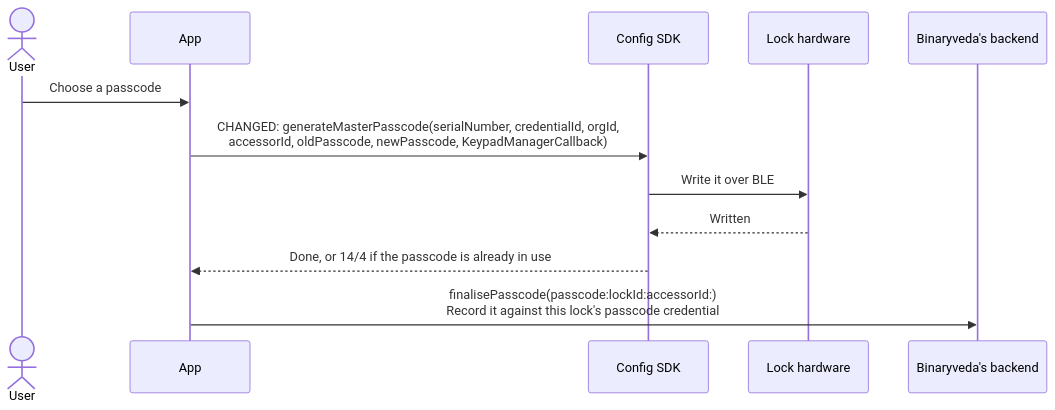
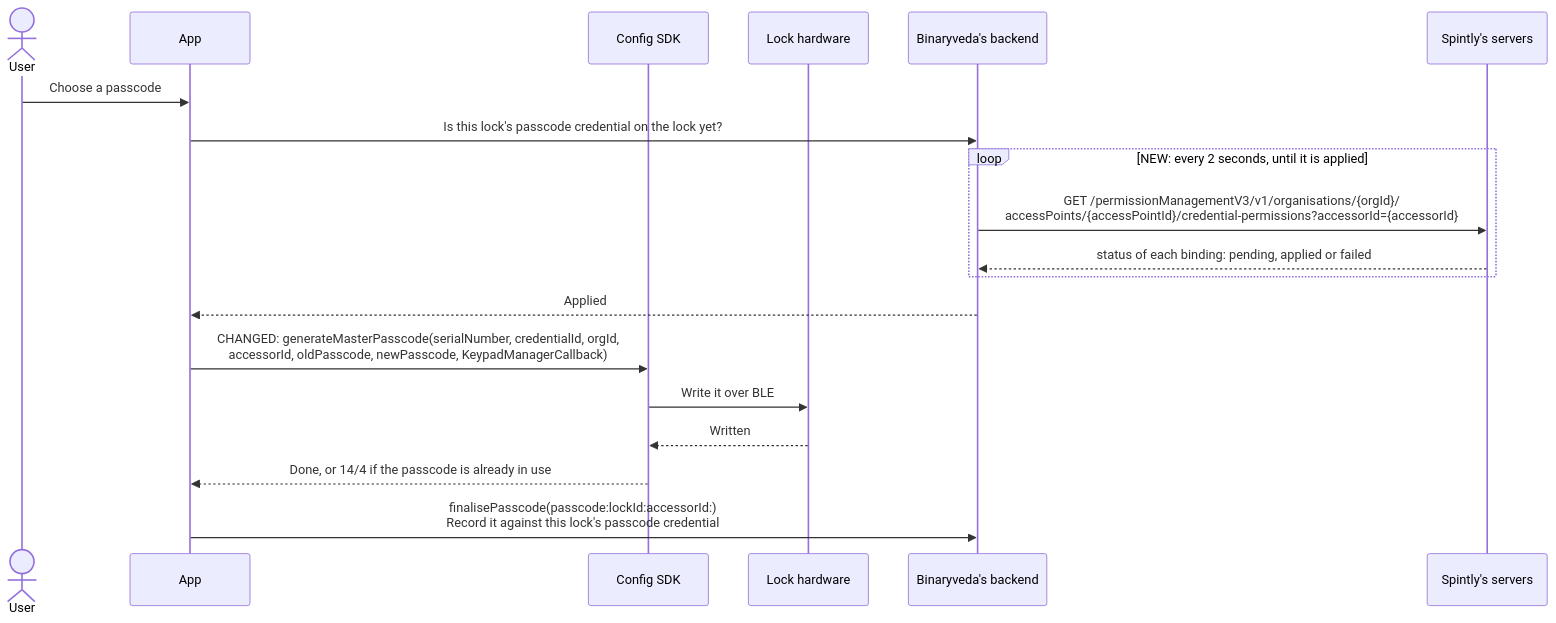
Before and after one commit to spintly-integrations-support/godrej-software-guide: the seventh of 9 diagrams in docs/lock-onboarding.md, drawn with Mermaid. The commit also changed other lines of this file and 7 other files, not shown here.

Commit message:
Update API and SDK documentation for credential handling and binding processes

````diff
--- a/docs/lock-onboarding.md
+++ b/docs/lock-onboarding.md
@@ -302,15 +304,22 @@
 ```mermaid
 sequenceDiagram
     actor U as User
     participant A as App
     participant C as Config SDK
     participant L as Lock hardware
     participant B as Binaryveda's backend
+    participant S as Spintly's servers
 
     U->>A: Choose a passcode
+    A->>B: Is this lock's passcode credential on the lock yet?
+    loop NEW: every 2 seconds, until it is applied
+        B->>S: GET /permissionManagementV3/v1/organisations/{orgId}/<br/>accessPoints/{accessPointId}/credential-permissions?accessorId={accessorId}
+        S-->>B: status of each binding: pending, applied or failed
+    end
+    B-->>A: Applied
     A->>C: CHANGED: generateMasterPasscode(serialNumber, credentialId, orgId,<br/>accessorId, oldPasscode, newPasscode, KeypadManagerCallback)
     C->>L: Write it over BLE
     L-->>C: Written
     C-->>A: Done, or 14/4 if the passcode is already in use
     A->>B: finalisePasscode(passcode:lockId:accessorId:)<br/>Record it against this lock's passcode credential
 ```
````
